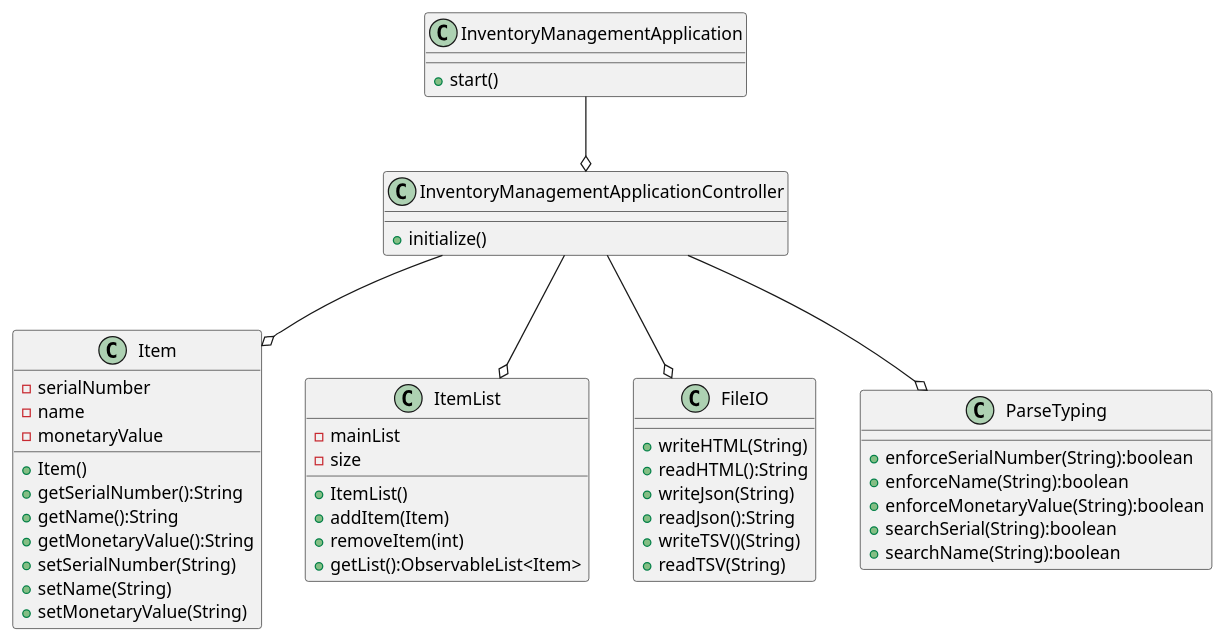
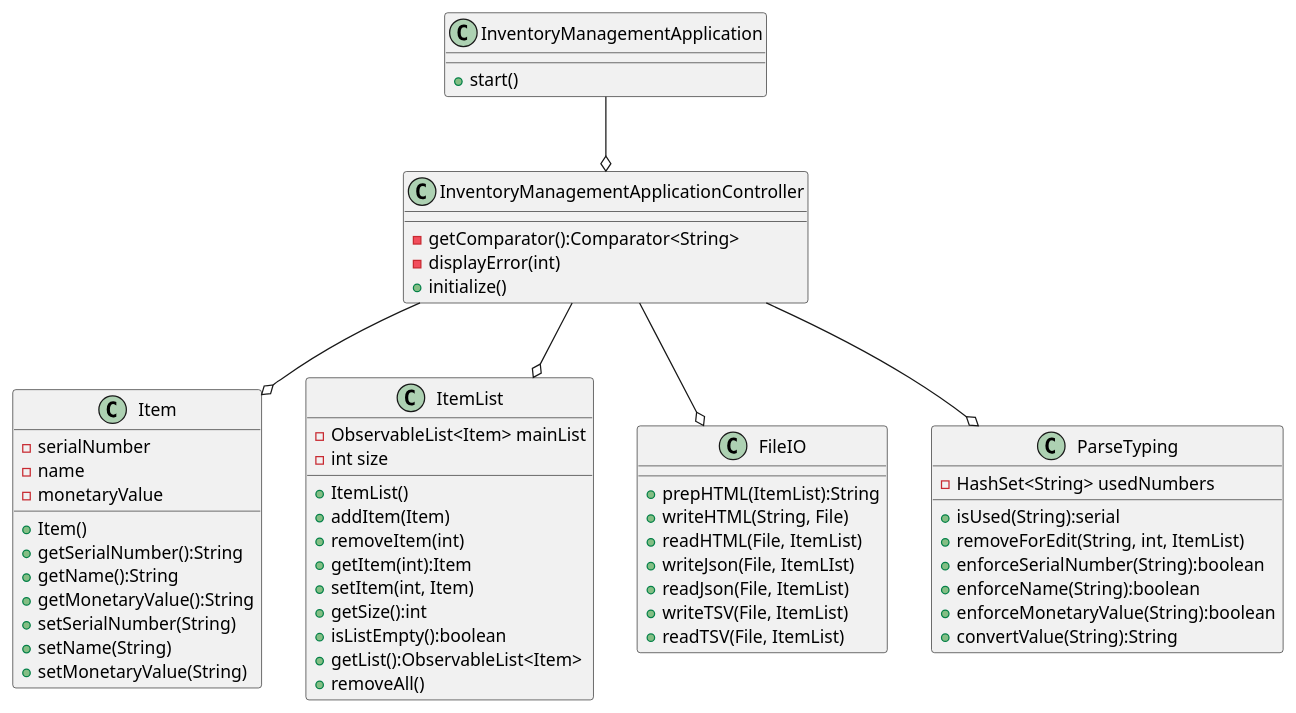
Before and after one commit to jad714/davis-app2: the diagram in application2/docs/InventoryManagementApplication.puml, drawn with PlantUML. The commit also changed 10 other files, not shown here.

```diff
--- a/application2/docs/InventoryManagementApplication.puml
+++ b/application2/docs/InventoryManagementApplication.puml
@@ -1,58 +1,68 @@
 @startuml
 class InventoryManagementApplication{
     +start()
 }
 
 class InventoryManagementApplicationController{
+    -getComparator():Comparator<String>
+    -displayError(int)
     +initialize()
 }
 
 InventoryManagementApplication --o InventoryManagementApplicationController
 
 class Item{
     -serialNumber
     -name
     -monetaryValue
     +Item()
     +getSerialNumber():String
     +getName():String
     +getMonetaryValue():String
     +setSerialNumber(String)
     +setName(String)
     +setMonetaryValue(String)
 }
 
 InventoryManagementApplicationController --o Item
 
 class ItemList{
-    -mainList
-    -size
+    -ObservableList<Item> mainList
+    -int size
     +ItemList()
     +addItem(Item)
     +removeItem(int)
+    +getItem(int):Item
+    +setItem(int, Item)
+    +getSize():int
+    +isListEmpty():boolean
     +getList():ObservableList<Item>
+    +removeAll()
 }
 
 InventoryManagementApplicationController --o ItemList
 
 class FileIO{
-    +writeHTML(String)
-    +readHTML():String
-    +writeJson(String)
-    +readJson():String
-    +writeTSV()(String)
-    +readTSV(String)
+    +prepHTML(ItemList):String
+    +writeHTML(String, File)
+    +readHTML(File, ItemList)
+    +writeJson(File, ItemLIst)
+    +readJson(File, ItemList)
+    +writeTSV(File, ItemList)
+    +readTSV(File, ItemList)
 }
 
 InventoryManagementApplicationController --o FileIO
 
 class ParseTyping{
+    -HashSet<String> usedNumbers
+    +isUsed(String):serial
+    +removeForEdit(String, int, ItemList)
     +enforceSerialNumber(String):boolean
     +enforceName(String):boolean
     +enforceMonetaryValue(String):boolean
-    +searchSerial(String):boolean
-    +searchName(String):boolean
+    +convertValue(String):String
 }
 
 InventoryManagementApplicationController --o ParseTyping
 @enduml
```
